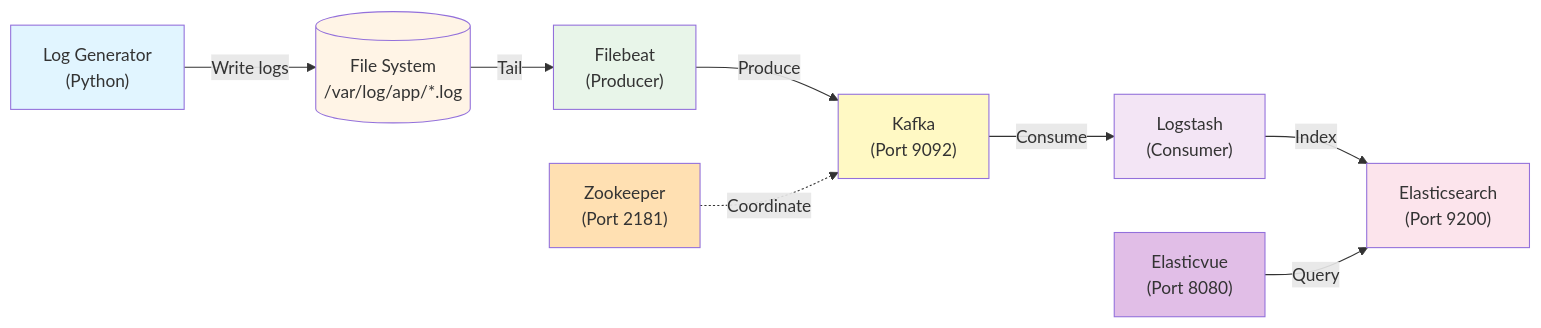
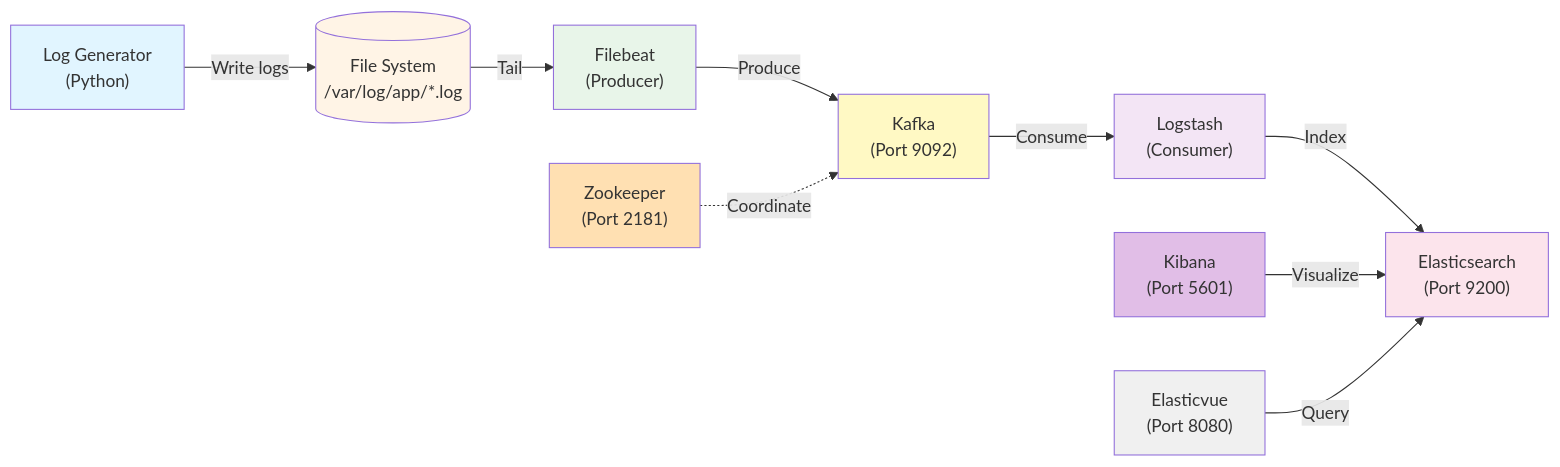
Before and after one commit to darshan45672/ELK-demo: the diagram in README-KAFKA.md, drawn with Mermaid. The commit also changed other lines of this file and 4 other files, not shown here.

````diff
--- a/README-KAFKA.md
+++ b/README-KAFKA.md
@@ -7,28 +7,31 @@
 ```mermaid
 flowchart LR
     A["Log Generator<br/>(Python)"]
     B[("File System<br/>/var/log/app/*.log")]
     C["Filebeat<br/>(Producer)"]
     Z["Zookeeper<br/>(Port 2181)"]
     K["Kafka<br/>(Port 9092)"]
     D["Logstash<br/>(Consumer)"]
     E["Elasticsearch<br/>(Port 9200)"]
-    F["Elasticvue<br/>(Port 8080)"]
+    F["Kibana<br/>(Port 5601)"]
+    G["Elasticvue<br/>(Port 8080)"]
     
     A -->|"Write logs"| B
     B -->|"Tail"| C
     C -->|"Produce"| K
     Z -.->|"Coordinate"| K
     K -->|"Consume"| D
     D -->|"Index"| E
-    F -->|"Query"| E
+    F -->|"Visualize"| E
+    G -->|"Query"| E
     
     style A fill:#e1f5ff
     style B fill:#fff4e6
     style C fill:#e8f5e9
     style Z fill:#ffe0b2
     style K fill:#fff9c4
     style D fill:#f3e5f5
     style E fill:#fce4ec
     style F fill:#e1bee7
+    style G fill:#f0f0f0
 ```
````
